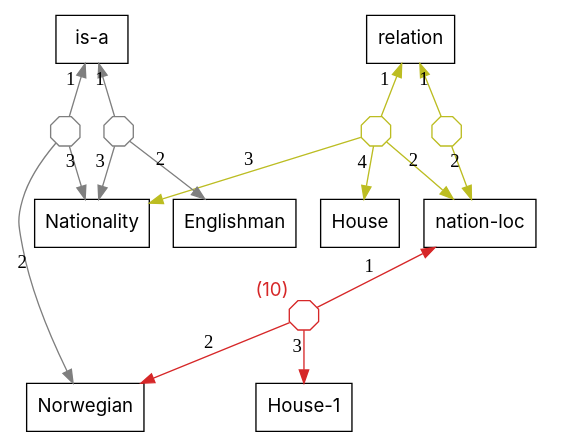
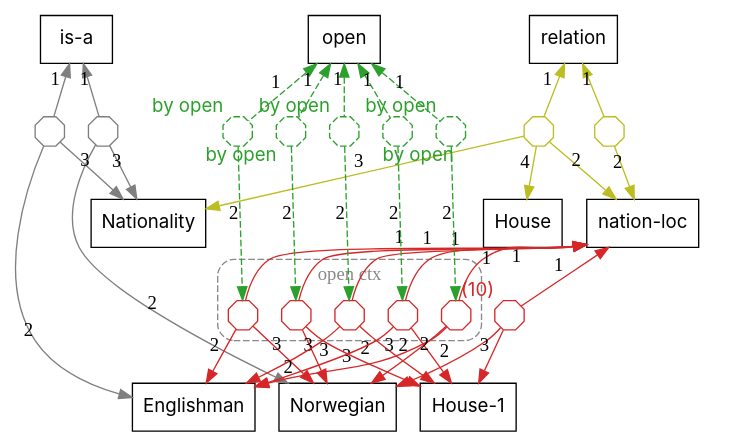
Before and after one commit to agutikov/ein: the diagram in docs/ein/user/02-guide/diagrams/01-tiny-program.dot, drawn with Graphviz. The commit also changed 10 other files, not shown here.

```diff
--- a/docs/ein/user/02-guide/diagrams/01-tiny-program.dot
+++ b/docs/ein/user/02-guide/diagrams/01-tiny-program.dot
@@ -1,39 +1,78 @@
 digraph kb {
   rankdir=TB;
   ranksep=0.55;
   node [fontname="Inter", shape=box];
   f_4405c3d64e [shape=octagon, label="", width=0.3, height=0.3, fixedsize=true, color="#bcbd22", fontcolor="#bcbd22", style=solid];
   "relation" -> f_4405c3d64e [xlabel="1", dir=back, color="#bcbd22", style=solid];
   f_4405c3d64e -> "nation-loc" [xlabel="2", color="#bcbd22", style=solid];
   f_4405c3d64e -> "Nationality" [xlabel="3", color="#bcbd22", style=solid];
   f_4405c3d64e -> "House" [xlabel="4", color="#bcbd22", style=solid];
   f_c3d57f8713 [shape=octagon, label="", width=0.3, height=0.3, fixedsize=true, color="#bcbd22", fontcolor="#bcbd22", style=solid];
   "relation" -> f_c3d57f8713 [xlabel="1", dir=back, color="#bcbd22", style=solid];
   f_c3d57f8713 -> "nation-loc" [xlabel="2", color="#bcbd22", style=solid];
   f_dc6eb765fe [shape=octagon, label="", width=0.3, height=0.3, fixedsize=true, color="#7f7f7f", fontcolor="#7f7f7f", style=solid];
   "is-a" -> f_dc6eb765fe [xlabel="1", dir=back, color="#7f7f7f", style=solid];
   f_dc6eb765fe -> "Norwegian" [xlabel="2", color="#7f7f7f", style=solid];
   f_dc6eb765fe -> "Nationality" [xlabel="3", color="#7f7f7f", style=solid];
   f_44a51b0731 [shape=octagon, label="", width=0.3, height=0.3, fixedsize=true, color="#7f7f7f", fontcolor="#7f7f7f", style=solid];
   "is-a" -> f_44a51b0731 [xlabel="1", dir=back, color="#7f7f7f", style=solid];
   f_44a51b0731 -> "Englishman" [xlabel="2", color="#7f7f7f", style=solid];
   f_44a51b0731 -> "Nationality" [xlabel="3", color="#7f7f7f", style=solid];
   f_481b793602 [shape=octagon, label="", width=0.3, height=0.3, fixedsize=true, color="#d62728", fontcolor="#d62728", style=solid, xlabel="(10)"];
   "nation-loc" -> f_481b793602 [xlabel="1", dir=back, color="#d62728", style=solid];
   f_481b793602 -> "Norwegian" [xlabel="2", color="#d62728", style=solid];
   f_481b793602 -> "House-1" [xlabel="3", color="#d62728", style=solid];
+  f_374891ea75 [shape=octagon, label="", width=0.3, height=0.3, fixedsize=true, color="#2ca02c", fontcolor="#2ca02c", style=dashed, xlabel="by open"];
+  "open" -> f_374891ea75 [xlabel="1", dir=back, color="#2ca02c", style=dashed];
+  f_374891ea75 -> f_d228cde63d [xlabel="2", color="#2ca02c", style=dashed];
+  f_f9036aba08 [shape=octagon, label="", width=0.3, height=0.3, fixedsize=true, color="#2ca02c", fontcolor="#2ca02c", style=dashed, xlabel="by open"];
+  "open" -> f_f9036aba08 [xlabel="1", dir=back, color="#2ca02c", style=dashed];
+  f_f9036aba08 -> f_bf98a26254 [xlabel="2", color="#2ca02c", style=dashed];
+  f_e83371a4e0 [shape=octagon, label="", width=0.3, height=0.3, fixedsize=true, color="#2ca02c", fontcolor="#2ca02c", style=dashed, xlabel="by open"];
+  "open" -> f_e83371a4e0 [xlabel="1", dir=back, color="#2ca02c", style=dashed];
+  f_e83371a4e0 -> f_6d169d0f33 [xlabel="2", color="#2ca02c", style=dashed];
+  f_c248605de8 [shape=octagon, label="", width=0.3, height=0.3, fixedsize=true, color="#2ca02c", fontcolor="#2ca02c", style=dashed, xlabel="by open"];
+  "open" -> f_c248605de8 [xlabel="1", dir=back, color="#2ca02c", style=dashed];
+  f_c248605de8 -> f_91818d591b [xlabel="2", color="#2ca02c", style=dashed];
+  f_e8f94f7316 [shape=octagon, label="", width=0.3, height=0.3, fixedsize=true, color="#2ca02c", fontcolor="#2ca02c", style=dashed, xlabel="by open"];
+  "open" -> f_e8f94f7316 [xlabel="1", dir=back, color="#2ca02c", style=dashed];
+  f_e8f94f7316 -> f_6dcc2cb354 [xlabel="2", color="#2ca02c", style=dashed];
+  newrank=true;
+  subgraph cluster_ctx_0 {
+    label="open ctx"; style="dashed,rounded"; color="#888888"; fontcolor="#888888";
+    f_d228cde63d [shape=octagon, label="", width=0.3, height=0.3, fixedsize=true, color="#d62728", fontcolor="#d62728", style=solid];
+    f_bf98a26254 [shape=octagon, label="", width=0.3, height=0.3, fixedsize=true, color="#d62728", fontcolor="#d62728", style=solid];
+    f_6d169d0f33 [shape=octagon, label="", width=0.3, height=0.3, fixedsize=true, color="#d62728", fontcolor="#d62728", style=solid];
+    f_91818d591b [shape=octagon, label="", width=0.3, height=0.3, fixedsize=true, color="#d62728", fontcolor="#d62728", style=solid];
+    f_6dcc2cb354 [shape=octagon, label="", width=0.3, height=0.3, fixedsize=true, color="#d62728", fontcolor="#d62728", style=solid];
+  }
+  "nation-loc" -> f_d228cde63d [xlabel="1", dir=back, color="#d62728", style=solid];
+  f_d228cde63d -> "Norwegian" [xlabel="2", color="#d62728", style=solid];
+  f_d228cde63d -> "Englishman" [xlabel="3", color="#d62728", style=solid];
+  "nation-loc" -> f_bf98a26254 [xlabel="1", dir=back, color="#d62728", style=solid];
+  f_bf98a26254 -> "Englishman" [xlabel="2", color="#d62728", style=solid];
+  f_bf98a26254 -> "Norwegian" [xlabel="3", color="#d62728", style=solid];
+  "nation-loc" -> f_6d169d0f33 [xlabel="1", dir=back, color="#d62728", style=solid];
+  f_6d169d0f33 -> "House-1" [xlabel="2", color="#d62728", style=solid];
+  f_6d169d0f33 -> "Norwegian" [xlabel="3", color="#d62728", style=solid];
+  "nation-loc" -> f_91818d591b [xlabel="1", dir=back, color="#d62728", style=solid];
+  f_91818d591b -> "Englishman" [xlabel="2", color="#d62728", style=solid];
+  f_91818d591b -> "House-1" [xlabel="3", color="#d62728", style=solid];
+  "nation-loc" -> f_6dcc2cb354 [xlabel="1", dir=back, color="#d62728", style=solid];
+  f_6dcc2cb354 -> "House-1" [xlabel="2", color="#d62728", style=solid];
+  f_6dcc2cb354 -> "Englishman" [xlabel="3", color="#d62728", style=solid];
   "layer 0" [style=invis, label="", width=0, height=0, fixedsize=true];
   "layer 1" [style=invis, label="", width=0, height=0, fixedsize=true];
   "layer 2" [style=invis, label="", width=0, height=0, fixedsize=true];
   "layer 3" [style=invis, label="", width=0, height=0, fixedsize=true];
   "layer 4" [style=invis, label="", width=0, height=0, fixedsize=true];
   "layer 0" -> "layer 1" [style=invis];
   "layer 1" -> "layer 2" [style=invis];
   "layer 2" -> "layer 3" [style=invis];
   "layer 3" -> "layer 4" [style=invis];
-  { rank=same; "layer 0"; "relation"; "is-a"; }
-  { rank=same; "layer 1"; f_4405c3d64e; f_c3d57f8713; f_dc6eb765fe; f_44a51b0731; }
-  { rank=same; "layer 2"; "nation-loc"; "Nationality"; "House"; "Englishman"; }
-  { rank=same; "layer 3"; f_481b793602; }
-  { rank=same; "layer 4"; "Norwegian"; "House-1"; }
+  { rank=same; "layer 0"; "relation"; "is-a"; "open"; }
+  { rank=same; "layer 1"; f_4405c3d64e; f_c3d57f8713; f_dc6eb765fe; f_44a51b0731; f_374891ea75; f_f9036aba08; f_e83371a4e0; f_c248605de8; f_e8f94f7316; }
+  { rank=same; "layer 2"; "nation-loc"; "Nationality"; "House"; }
+  { rank=same; "layer 3"; f_481b793602; f_d228cde63d; f_bf98a26254; f_6d169d0f33; f_91818d591b; f_6dcc2cb354; }
+  { rank=same; "layer 4"; "Norwegian"; "Englishman"; "House-1"; }
 }
```
